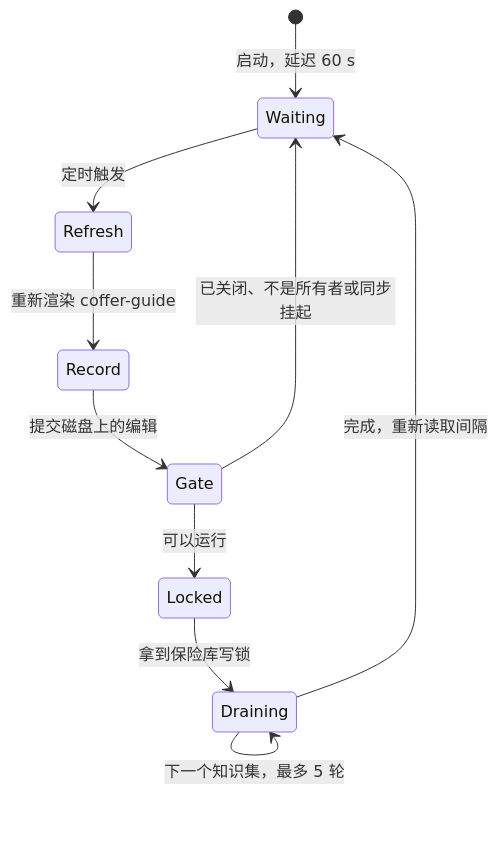
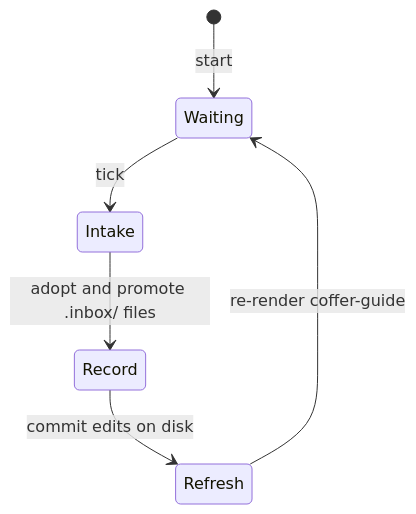
One commit to wyx-sg/Coffer changed the second of 2 diagrams in docs-site/zh/architecture/knowledge.md. Above: the diagram before and after it, drawn with Mermaid. The commit also changed other lines of this file and 512 other files, not shown here.

````diff
--- a/docs-site/zh/architecture/knowledge.md
+++ b/docs-site/zh/architecture/knowledge.md
@@ -279,12 +196,8 @@
 ```mermaid
 stateDiagram-v2
-  [*] --> Waiting: 启动，延迟 60 s
-  Waiting --> Refresh: 定时触发
-  Refresh --> Record: 重新渲染 coffer-guide
-  Record --> Gate: 提交磁盘上的编辑
-  Gate --> Waiting: 已关闭、不是所有者或同步挂起
-  Gate --> Locked: 可以运行
-  Locked --> Draining: 拿到保险库写锁
-  Draining --> Draining: 下一个知识集，最多 5 轮
-  Draining --> Waiting: 完成，重新读取间隔
+  [*] --> Waiting: start
+  Waiting --> Intake: tick
+  Intake --> Record: adopt and promote .inbox/ files
+  Record --> Refresh: commit edits on disk
+  Refresh --> Waiting: re-render coffer-guide
 ```
````
